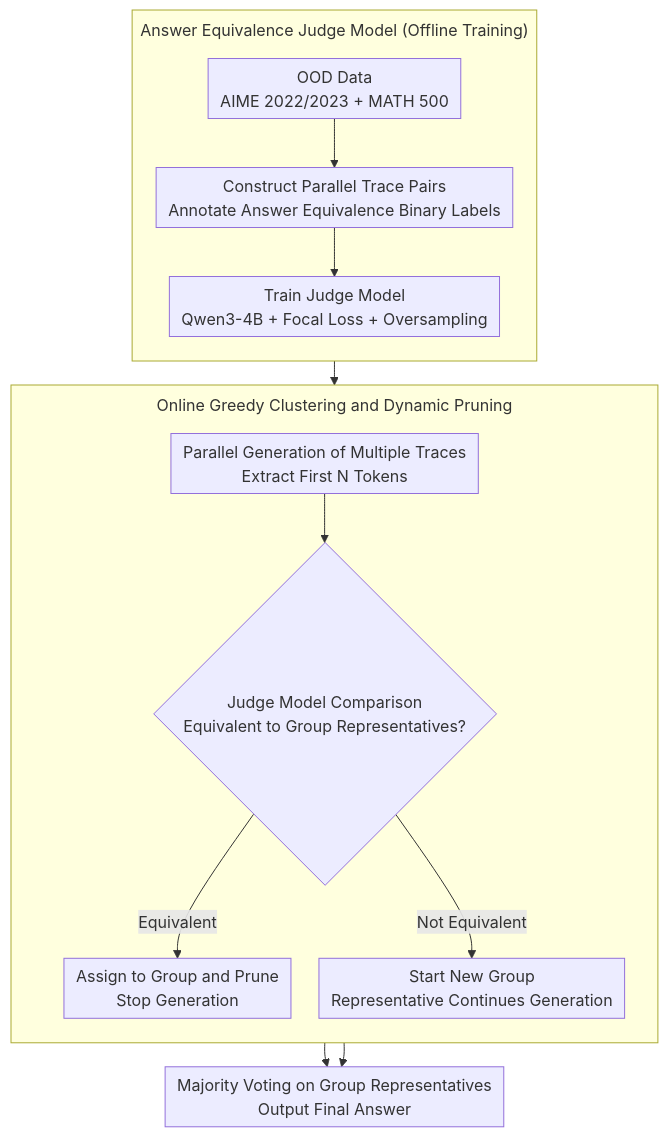
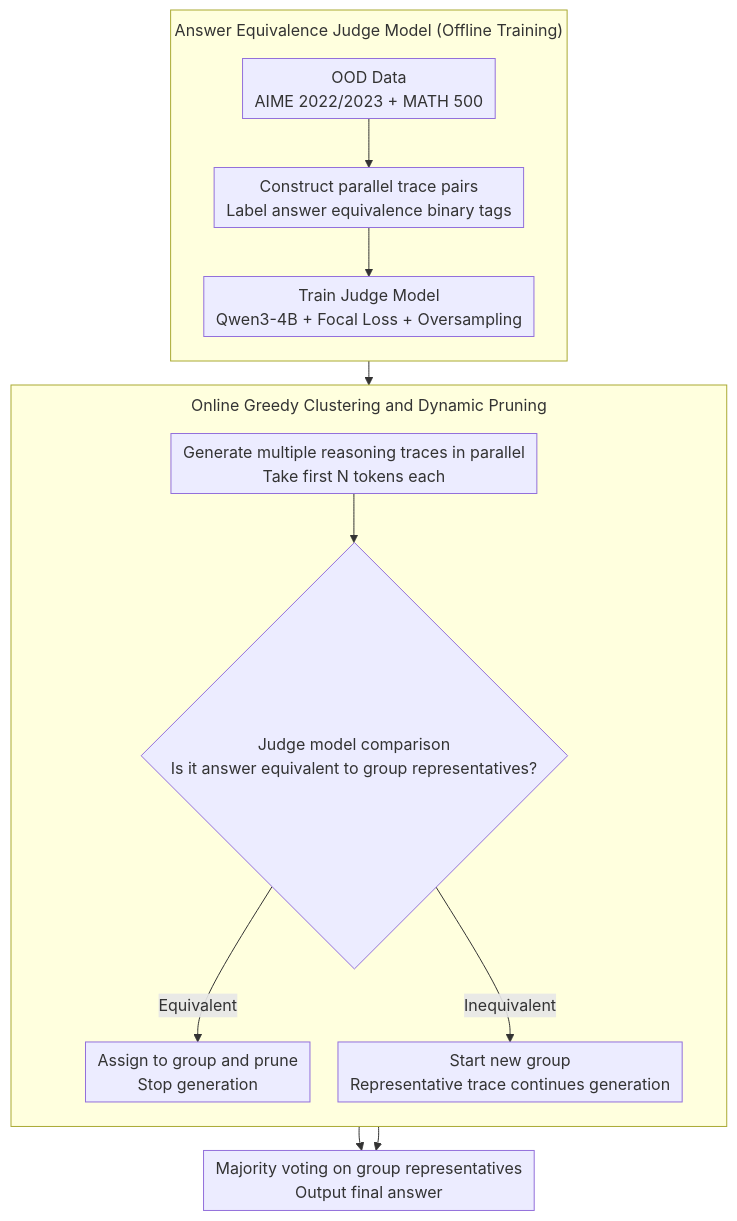
One commit to zhaoyang97/Paper-Notes-en changed the diagram in docs/ACL2026/model_compression/deepprune_parallel_scaling_without_inter-trace_redundancy.md. Above: the diagram before and after it, drawn with Mermaid. The commit also changed other lines of this file and 5084 other files, not shown here.

````diff
--- a/docs/ACL2026/model_compression/deepprune_parallel_scaling_without_inter-trace_redundancy.md
+++ b/docs/ACL2026/model_compression/deepprune_parallel_scaling_without_inter-trace_redundancy.md
@@ -44,18 +44,18 @@
 ```mermaid
 %%{init: {'flowchart': {'rankSpacing': 24, 'nodeSpacing': 28, 'padding': 6, 'wrappingWidth': 400, 'subGraphTitleMargin': {'top': 8, 'bottom': 16}}}}%%
 flowchart TD
     subgraph TRAIN["Answer Equivalence Judge Model (Offline Training)"]
         direction TB
-        A["OOD Data<br/>AIME 2022/2023 + MATH 500"] --> B["Construct Parallel Trace Pairs<br/>Annotate Answer Equivalence Binary Labels"]
+        A["OOD Data<br/>AIME 2022/2023 + MATH 500"] --> B["Construct parallel trace pairs<br/>Label answer equivalence binary tags"]
         B --> C["Train Judge Model<br/>Qwen3-4B + Focal Loss + Oversampling"]
     end
-    C --> D["Parallel Generation of Multiple Traces<br/>Extract First N Tokens"]
+    C --> D["Generate multiple reasoning traces in parallel<br/>Take first N tokens each"]
     subgraph PRUNE["Online Greedy Clustering and Dynamic Pruning"]
         direction TB
-        D --> E{"Judge Model Comparison<br/>Equivalent to Group Representatives?"}
-        E -->|Equivalent| F["Assign to Group and Prune<br/>Stop Generation"]
-        E -->|Not Equivalent| G["Start New Group<br/>Representative Continues Generation"]
+        D --> E{"Judge model comparison<br/>Is it answer equivalent to group representatives?"}
+        E -->|Equivalent| F["Assign to group and prune<br/>Stop generation"]
+        E -->|Inequivalent| G["Start new group<br/>Representative trace continues generation"]
     end
-    F --> H["Majority Voting on Group Representatives<br/>Output Final Answer"]
+    F --> H["Majority voting on group representatives<br/>Output final answer"]
     G --> H
 ```
````
